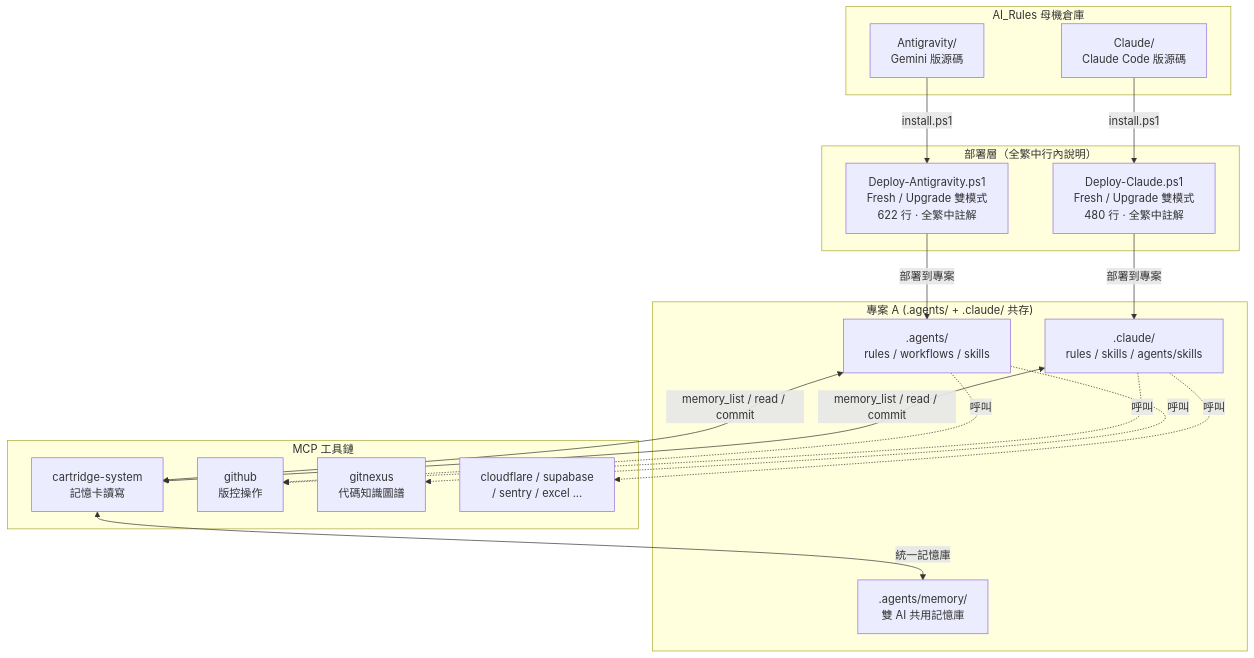
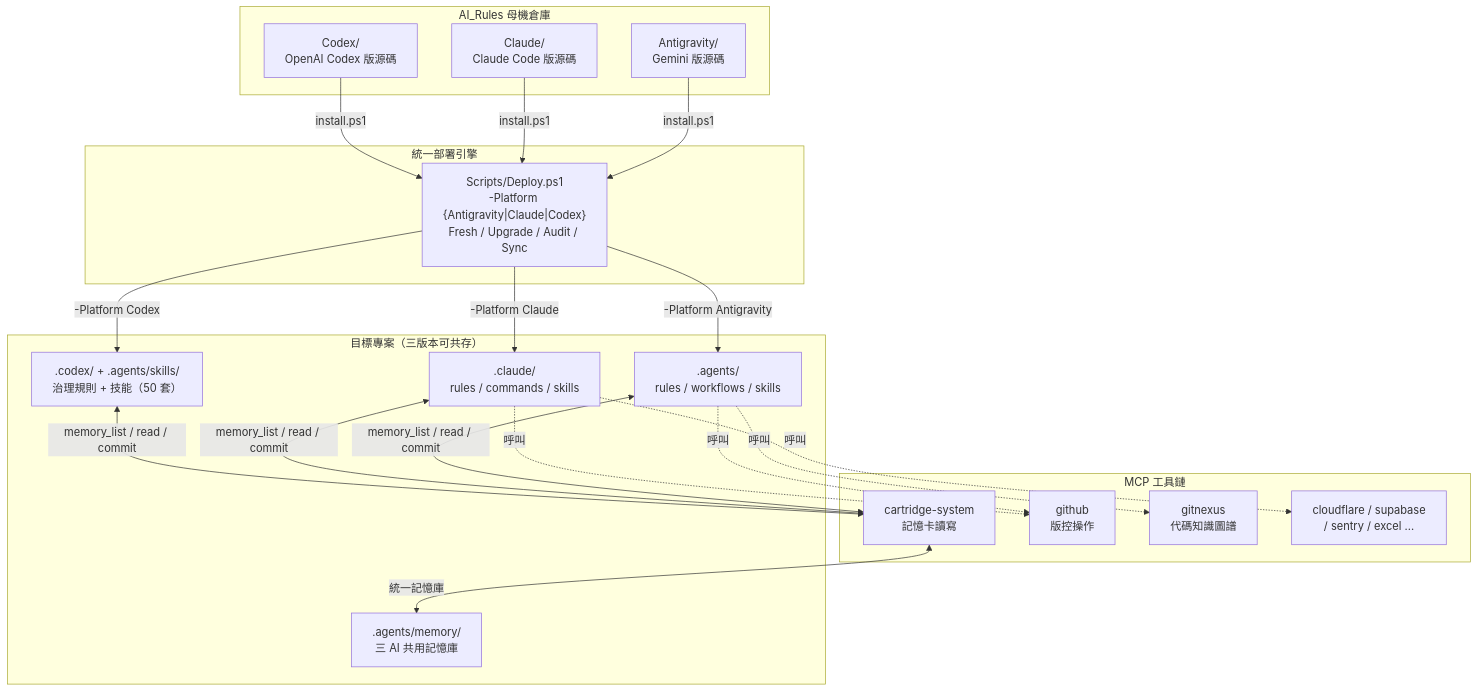
The first of 3 diagrams in README.md (Kunshao1117/AI_Rules), drawn with Mermaid before and after one commit. The commit also changed other lines of this file and 223 other files, not shown here.

````diff
--- a/README.md
+++ b/README.md
@@ -104,37 +118,41 @@
 ```mermaid
 graph TB
     subgraph "AI_Rules 母機倉庫"
         AG["Antigravity/<br/>Gemini 版源碼"]
         CL["Claude/<br/>Claude Code 版源碼"]
+        CX["Codex/<br/>OpenAI Codex 版源碼"]
     end
 
-    subgraph "部署層（全繁中行內說明）"
-        AGD["Deploy-Antigravity.ps1<br/>Fresh / Upgrade 雙模式<br/>622 行 · 全繁中註解"]
-        CLD["Deploy-Claude.ps1<br/>Fresh / Upgrade 雙模式<br/>480 行 · 全繁中註解"]
+    subgraph "統一部署引擎"
+        DEPLOY["Scripts/Deploy.ps1<br/>-Platform {Antigravity|Claude|Codex}<br/>Fresh / Upgrade / Audit / Sync"]
     end
 
-    subgraph "專案 A (.agents/ + .claude/ 共存)"
+    subgraph "目標專案（三版本可共存）"
         AGE[".agents/<br/>rules / workflows / skills"]
-        CLE[".claude/<br/>rules / skills / agents/skills"]
-        MEM[".agents/memory/<br/>雙 AI 共用記憶庫"]
+        CLE[".claude/<br/>rules / commands / skills"]
+        CXE[".codex/ + .agents/skills/<br/>治理規則 + 技能（50 套）"]
+        MEM[".agents/memory/<br/>三 AI 共用記憶庫"]
     end
 
     subgraph "MCP 工具鏈"
         CART["cartridge-system<br/>記憶卡讀寫"]
         GH["github<br/>版控操作"]
         GN["gitnexus<br/>代碼知識圖譜"]
         OTHER["cloudflare / supabase<br/>/ sentry / excel ..."]
     end
 
-    AG -->|"install.ps1"| AGD
-    CL -->|"install.ps1"| CLD
-    AGD -->|"部署到專案"| AGE
-    CLD -->|"部署到專案"| CLE
+    AG -->|"install.ps1"| DEPLOY
+    CL -->|"install.ps1"| DEPLOY
+    CX -->|"install.ps1"| DEPLOY
+    DEPLOY -->|"-Platform Antigravity"| AGE
+    DEPLOY -->|"-Platform Claude"| CLE
+    DEPLOY -->|"-Platform Codex"| CXE
     AGE <-->|"memory_list / read / commit"| CART
     CLE <-->|"memory_list / read / commit"| CART
+    CXE <-->|"memory_list / read / commit"| CART
     CART <-->|"統一記憶庫"| MEM
     AGE -.->|"呼叫"| GH
     AGE -.->|"呼叫"| GN
     CLE -.->|"呼叫"| GH
     CLE -.->|"呼叫"| OTHER
 ```
````
